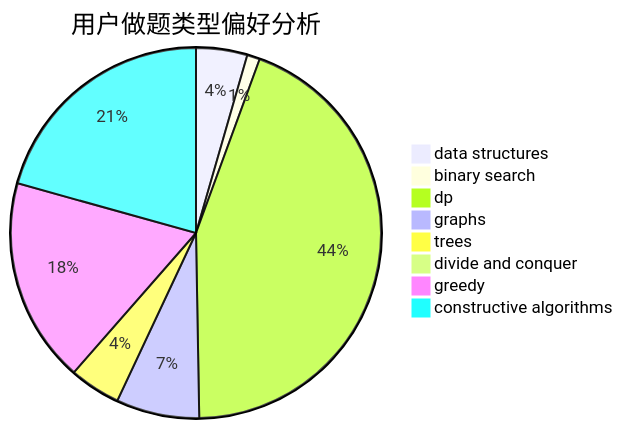
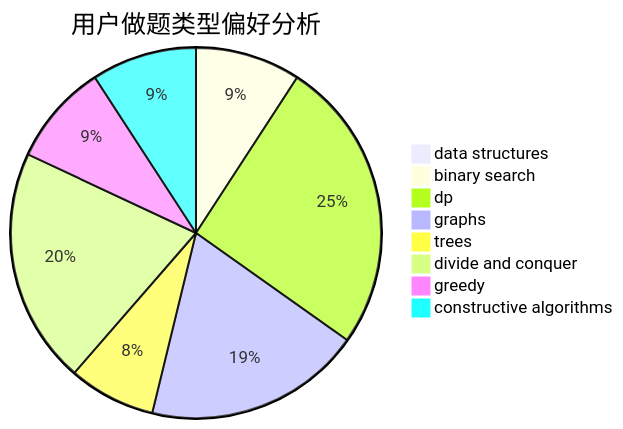
Before and after one commit to sherpahu/cfrs.github.io: the second of 3 diagrams in docs/user/u1332.md, drawn with Mermaid. The commit also changed other lines of this file and 2770 other files, not shown here.

````diff
--- a/docs/user/u1332.md
+++ b/docs/user/u1332.md
@@ -23,11 +23,11 @@
 ```mermaid
 pie title 用户做题类型偏好分析
-    "data structures" :  8
-    "binary search" :  2
-    "dp" :  79
-    "graphs" :  13
-    "trees" :  8
-    "divide and conquer" :  0
-    "greedy" :  32
-    "constructive algorithms" :  37
+    "data structures" :  3
+    "binary search" :  29
+    "dp" :  81
+    "graphs" :  60
+    "trees" :  24
+    "divide and conquer" :  65
+    "greedy" :  28
+    "constructive algorithms" :  29
 ```
````
